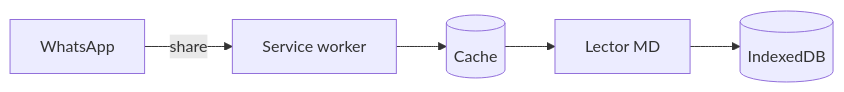
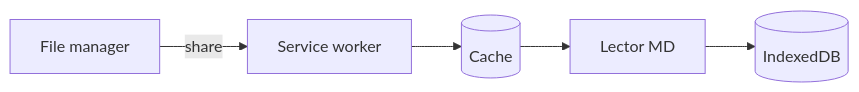
Before and after one commit to JHProyectos/mdreader-pwa: the first of 2 diagrams in example.md, drawn with Mermaid. The commit also changed other lines of this file and 5 other files, not shown here.

````diff
--- a/example.md
+++ b/example.md
@@ -313,7 +320,7 @@
 ```mermaid
 flowchart LR
-  W[WhatsApp] -->|share| SW[Service worker]
+  W[File manager] -->|share| SW[Service worker]
   SW --> C[(Cache)]
   C --> APP[Lector MD]
   APP --> IDB[(IndexedDB)]
 ```
````
